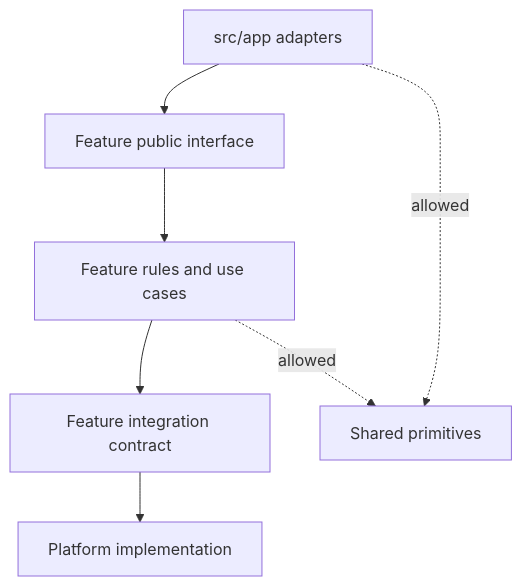
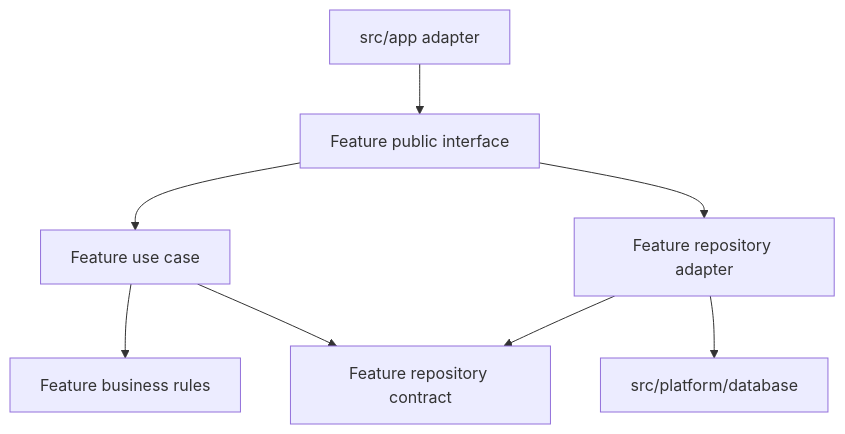
One commit to ishk-sftckz/RFAStack changed the diagram in docs/concepts.md. Above: the diagram before and after it, drawn with Mermaid. The commit also changed other lines of this file and 1 other file, not shown here.

Commit message:
feat(contents): improve copy concepts and folder architecture

````diff
--- a/docs/concepts.md
+++ b/docs/concepts.md
@@ -53,9 +61,10 @@
 ```mermaid
 flowchart TD
-  App[src/app adapters] --> Public[Feature public interface]
-  Public --> Rule[Feature rules and use cases]
-  Rule --> Port[Feature integration contract]
-  Port --> Platform[Platform implementation]
-  App -. allowed .-> Shared[Shared primitives]
-  Rule -. allowed .-> Shared
+  App[src/app adapter] --> Entry[Feature public interface]
+  Entry --> UseCase[Feature use case]
+  Entry --> Adapter[Feature repository adapter]
+  UseCase --> Rule[Feature business rules]
+  UseCase --> Contract[Feature repository contract]
+  Adapter --> Contract
+  Adapter --> Platform[src/platform/database]
 ```
````
